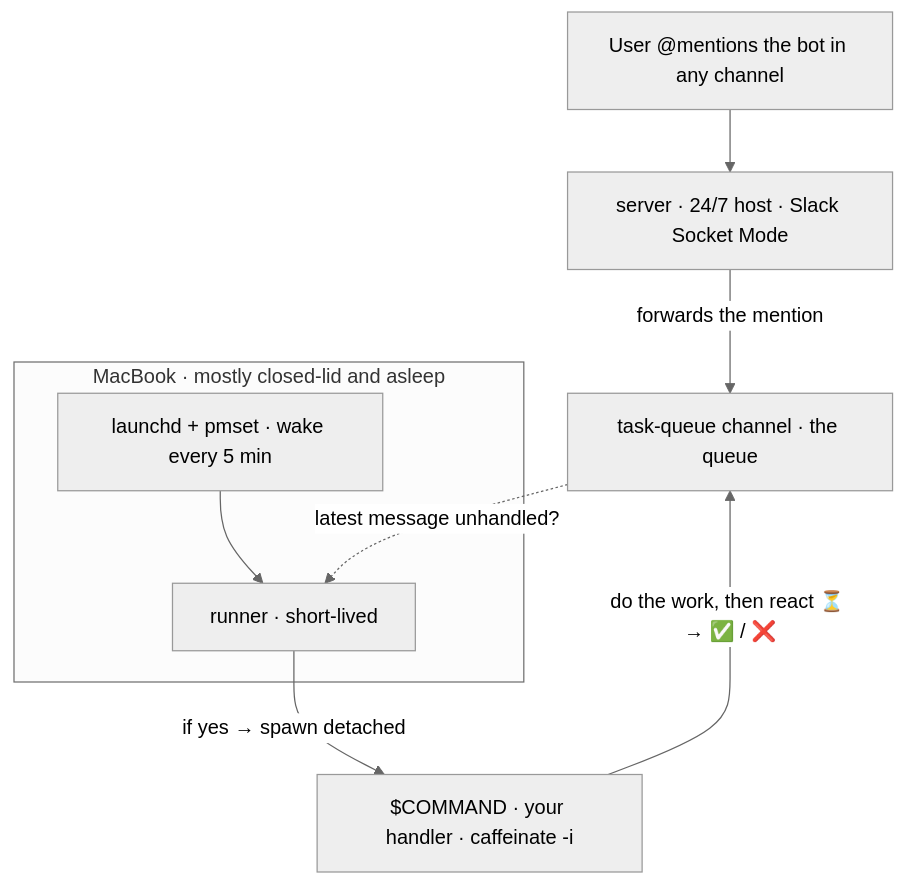
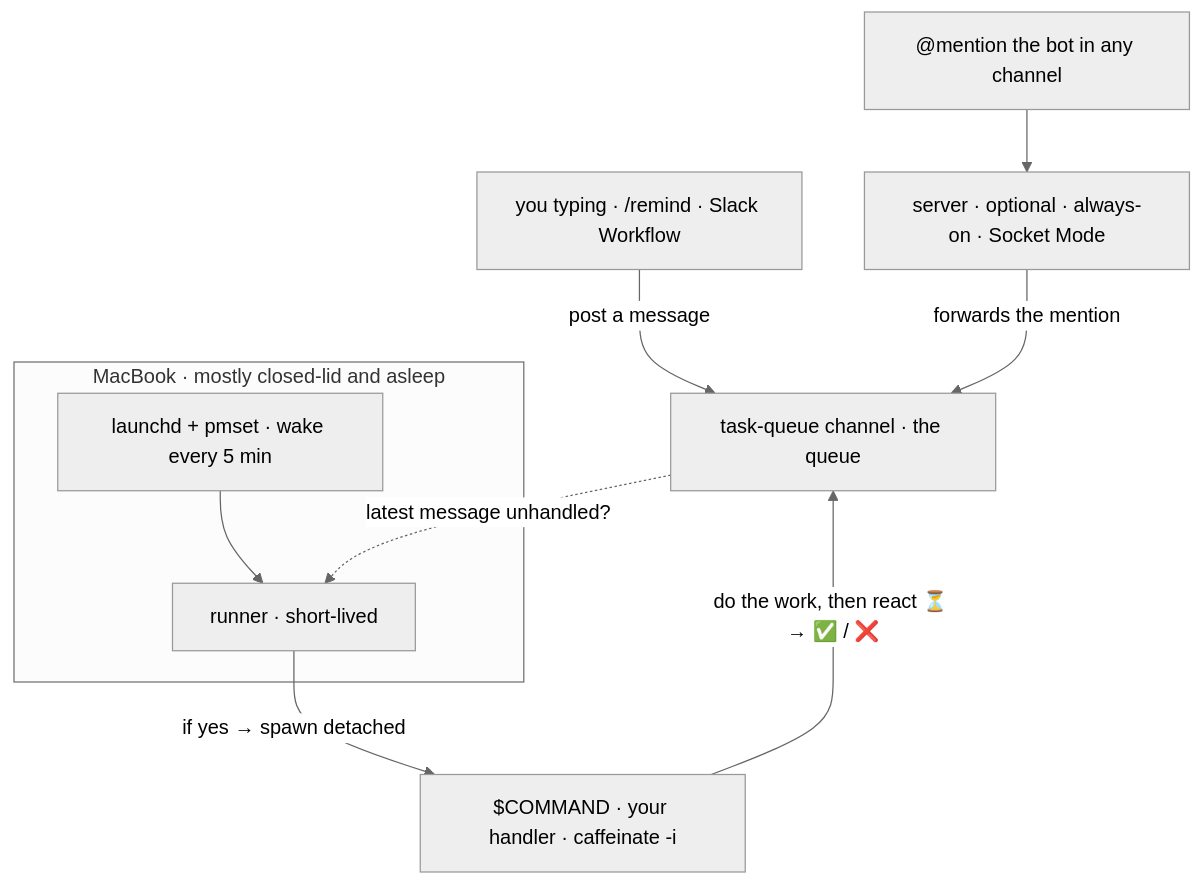
One commit to Jin5823/clamshell-taskq changed the diagram in README.md. Above: the diagram before and after it, drawn with Mermaid (neutral theme). The commit also changed other lines of this file and 1 other file, not shown here.

First line of the commit message:
docs: add scheduling and safe-handler guides, mark the server optional

````diff
--- a/README.md
+++ b/README.md
@@ -19,13 +19,14 @@
 ```mermaid
 flowchart TD
-    A["User @mentions the bot in any channel"] --> S["server · 24/7 host · Slack Socket Mode"]
-    S -->|"forwards the mention"| Q["task-queue channel · the queue"]
+    F["you typing · /remind · Slack Workflow"] -->|"post a message"| Q["task-queue channel · the queue"]
+    A["@mention the bot in any channel"] --> S["server · optional · always-on · Socket Mode"]
+    S -->|"forwards the mention"| Q
 
     subgraph Mac["MacBook · mostly closed-lid and asleep"]
       W["launchd + pmset · wake every 5 min"] --> R["runner · short-lived"]
     end
 
     Q -.->|"latest message unhandled?"| R
     R -->|"if yes → spawn detached"| C["$COMMAND · your handler · caffeinate -i"]
     C -->|"do the work, then react ⏳ → ✅ / ❌"| Q
 ```
````
